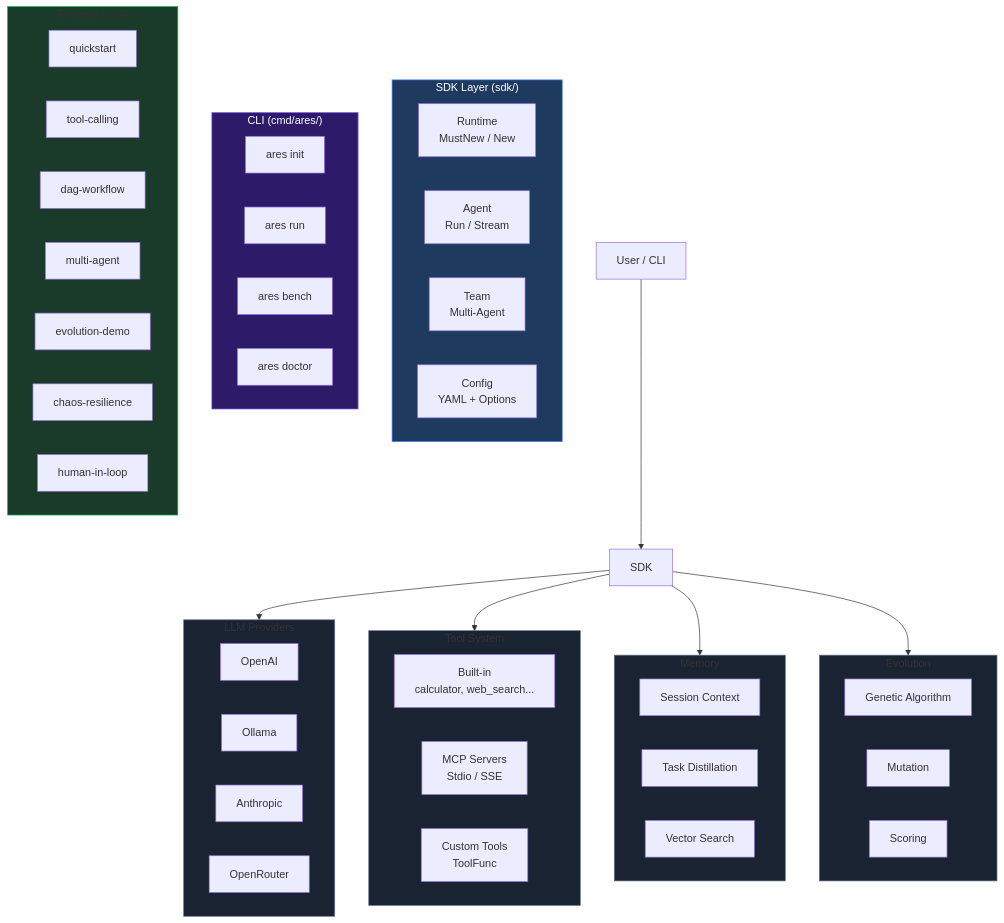
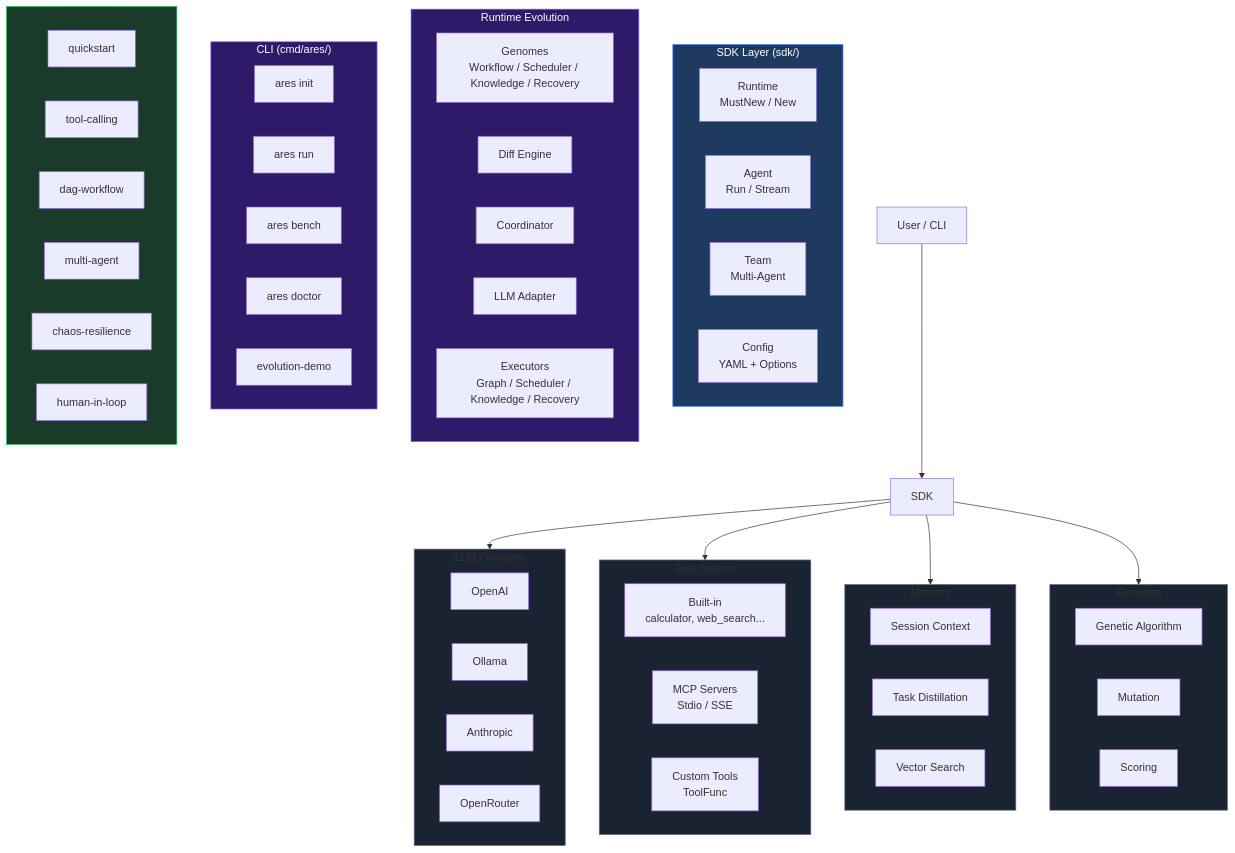
One commit to Timwood0x10/ARES changed the diagram in README.md. Above: the diagram before and after it, drawn with Mermaid. The commit also changed other lines of this file and 14 other files, not shown here.

Commit message:
feat: add runtime evolution system with genome/diff/coordinator

````diff
--- a/README.md
+++ b/README.md
@@ -122,66 +126,76 @@
 ```mermaid
 graph TB
     User["User / CLI"] --> SDK
 
     subgraph sdk ["SDK Layer (sdk/)"]
         RT["Runtime<br/>MustNew / New"]
         A["Agent<br/>Run / Stream"]
         T["Team<br/>Multi-Agent"]
         CFG["Config<br/>YAML + Options"]
     end
 
     SDK --> LLM
     SDK --> Tools
     SDK --> Memory
     SDK --> Evo
 
     subgraph LLM ["LLM Providers"]
         OAI["OpenAI"]
         OLL["Ollama"]
         ANTH["Anthropic"]
         OR["OpenRouter"]
     end
 
     subgraph Tools ["Tool System"]
         BT["Built-in<br/>calculator, web_search..."]
         MCP["MCP Servers<br/>Stdio / SSE"]
         CT["Custom Tools<br/>ToolFunc"]
     end
 
     subgraph Memory ["Memory"]
         SES["Session Context"]
         DIST["Task Distillation"]
         VEC["Vector Search"]
     end
 
     subgraph Evo ["Evolution"]
         GA["Genetic Algorithm"]
         MUT["Mutation"]
         SCORE["Scoring"]
     end
 
+    subgraph RuntimeEvo ["Runtime Evolution"]
+        GENOME["Genomes<br/>Workflow / Scheduler / Knowledge / Recovery"]
+        DIFF["Diff Engine"]
+        COORD["Coordinator"]
+        LLM_ADAPT["LLM Adapter"]
+        EXEC["Executors<br/>Graph / Scheduler / Knowledge / Recovery"]
+    end
+
     subgraph CLI ["CLI (cmd/ares/)"]
         INIT["ares init"]
         RUN["ares run"]
         BENCH["ares bench"]
         DOCTOR["ares doctor"]
+        EVO["ares evolution"]
     end
 
     subgraph EX ["Examples (24)"]
         QS["quickstart"]
         TC["tool-calling"]
         DAG["dag-workflow"]
         MA["multi-agent"]
         EVO["evolution-demo"]
         CHAOS["chaos-resilience"]
         HIL["human-in-loop"]
     end
 
     style sdk fill:#1e3a5f,stroke:#3b82f6,color:#fff
     style LLM fill:#1a2332,stroke:#64748b
     style Tools fill:#1a2332,stroke:#64748b
     style Memory fill:#1a2332,stroke:#64748b
     style Evo fill:#1a2332,stroke:#64748b
+    style RuntimeEvo fill:#2d1b69,stroke:#8b5cf6,color:#fff
     style CLI fill:#2d1b69,stroke:#8b5cf6,color:#fff
     style EX fill:#1a3a2a,stroke:#22c55e
 ```
````
